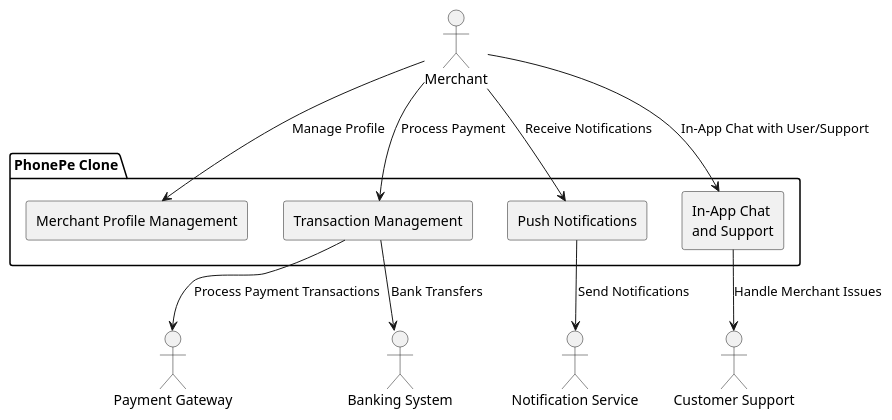
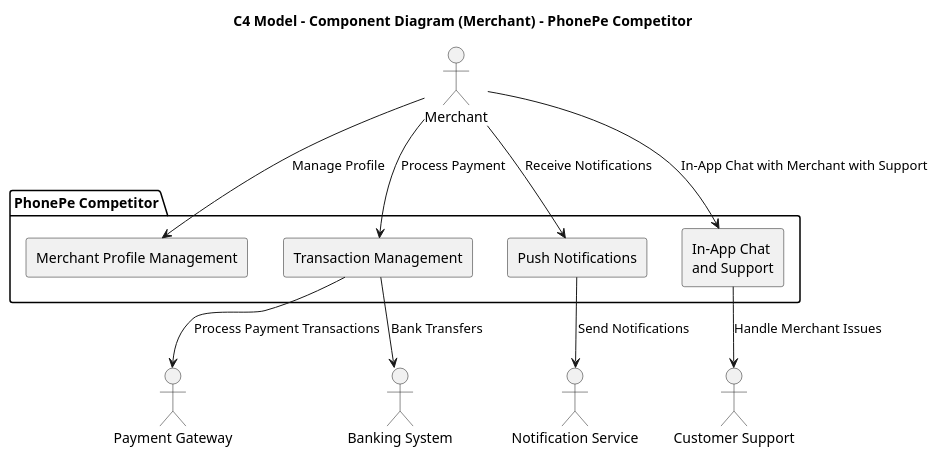
One commit to IIITLucknowSWEngg/CSITTeam014 changed the sixth of 8 diagrams in Assignment2/Architecture.md. Above: the diagram before and after it, drawn with PlantUML. The commit also changed other lines of this file, not shown here.

````diff
--- a/Assignment2/Architecture.md
+++ b/Assignment2/Architecture.md
@@ -254,34 +270,37 @@
 ```plantuml
 @startuml
+
+title C4 Model - Component Diagram (Merchant) - PhonePe Competitor
 
 ' External Actors
 actor "Merchant" as Merchant
 actor "Payment Gateway" as PaymentGateway
 actor "Notification Service" as NotificationService
 actor "Customer Support" as CustomerSupport
 actor "Banking System" as BankingSystem
 
-' System Boundary: PhonePe Clone
-package "PhonePe Clone" {
+' System Boundary: PhonePe Competitor
+package "PhonePe Competitor" {
 
     ' Subsystems related to Merchant
     rectangle "Merchant Profile Management" as MerchantProfile
     rectangle "Transaction Management" as MerchantTransactionManagement
     rectangle "Push Notifications" as MerchantPushNotifications
     rectangle "In-App Chat \nand Support" as MerchantChatSupport
 }
 
 ' Relationships between Merchant and system components
 Merchant --> MerchantProfile : Manage Profile
 Merchant --> MerchantTransactionManagement : Process Payment
 Merchant --> MerchantPushNotifications : Receive Notifications
-Merchant --> MerchantChatSupport : In-App Chat with User/Support
+Merchant --> MerchantChatSupport : In-App Chat with Merchant with Support
 
 ' External Interactions
 MerchantTransactionManagement --> PaymentGateway : Process Payment Transactions
 MerchantPushNotifications --> NotificationService : Send Notifications
 MerchantChatSupport --> CustomerSupport : Handle Merchant Issues
 MerchantTransactionManagement --> BankingSystem : Bank Transfers
 
 @enduml
+
 ```
````
